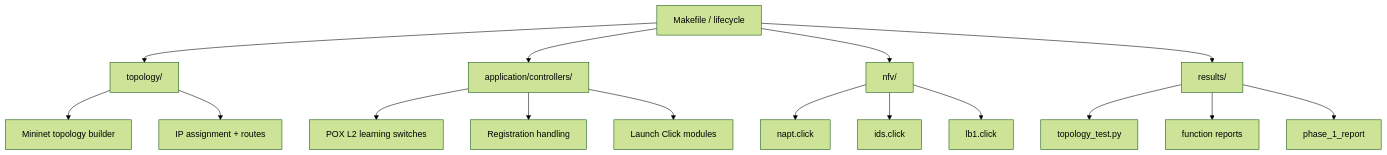
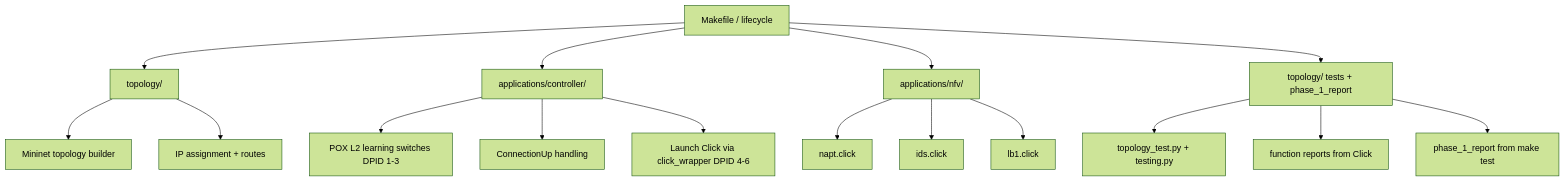
Before and after one commit to Hong-yiii/ML-networking: the second of 9 diagrams in ik2221_system_architecture.md, drawn with Mermaid (forest theme). The commit also changed other lines of this file and 1 other file, not shown here.

````diff
--- a/ik2221_system_architecture.md
+++ b/ik2221_system_architecture.md
@@ -336,22 +389,22 @@
 ```mermaid
 flowchart TD
     A[Makefile / lifecycle] --> B[topology/]
-    A --> C[application/controllers/]
-    A --> D[nfv/]
-    A --> E[results/]
+    A --> C[applications/controller/]
+    A --> D[applications/nfv/]
+    A --> E[topology/ tests + phase_1_report]
 
     B --> B1[Mininet topology builder]
     B --> B2[IP assignment + routes]
 
-    C --> C1[POX L2 learning switches]
-    C --> C2[Registration handling]
-    C --> C3[Launch Click modules]
+    C --> C1[POX L2 learning switches DPID 1-3]
+    C --> C2[ConnectionUp handling]
+    C --> C3[Launch Click via click_wrapper DPID 4-6]
 
     D --> D1[napt.click]
     D --> D2[ids.click]
     D --> D3[lb1.click]
 
-    E --> E1[topology_test.py]
-    E --> E2[function reports]
-    E --> E3[phase_1_report]
+    E --> E1[topology_test.py + testing.py]
+    E --> E2[function reports from Click]
+    E --> E3[phase_1_report from make test]
 ```
````
